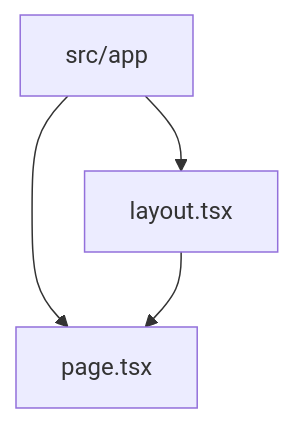
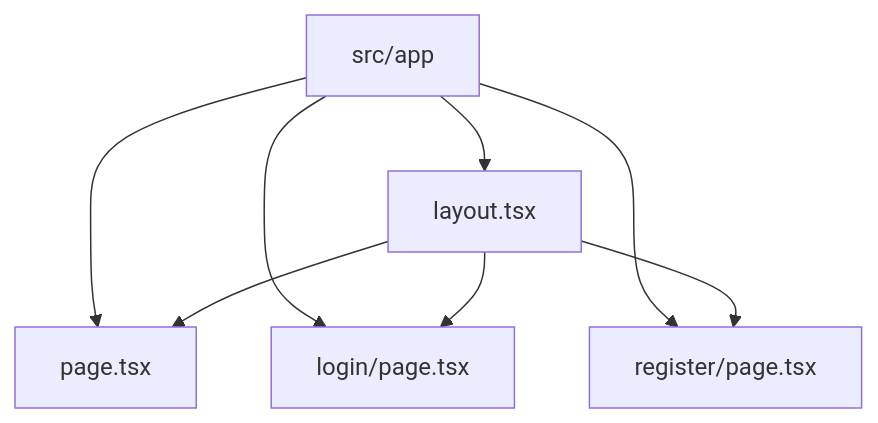
Before and after one commit to ss8806/Todos: the third of 5 diagrams in .qoder/repowiki/ja/content/アーキテクチャ/フロントエンドアーキテクチャ.md, drawn with Mermaid. The commit also changed other lines of this file and 6 other files, not shown here.

````diff
--- a/.qoder/repowiki/ja/content/アーキテクチャ/フロントエンドアーキテクチャ.md
+++ b/.qoder/repowiki/ja/content/アーキテクチャ/フロントエンドアーキテクチャ.md
@@ -165,9 +225,15 @@
 ```mermaid
 graph TB
 ROOT["src/app"]
 LAYOUT["layout.tsx"]
 PAGE["page.tsx"]
+LOGIN["login/page.tsx"]
+REGISTER["register/page.tsx"]
 ROOT --> LAYOUT
 ROOT --> PAGE
+ROOT --> LOGIN
+ROOT --> REGISTER
 LAYOUT --> PAGE
+LAYOUT --> LOGIN
+LAYOUT --> REGISTER
 ```
````
